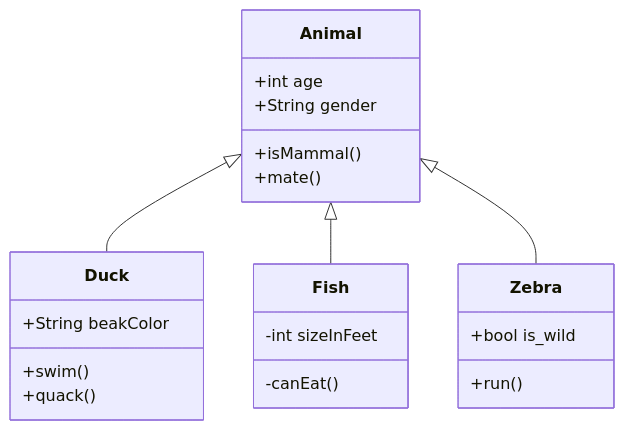
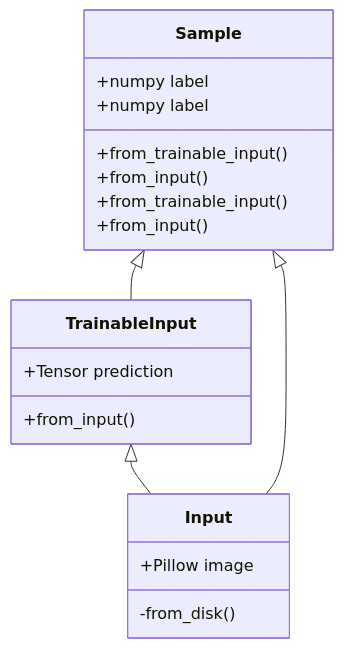
Before and after one commit to lordknight1904/Arsenal: the diagram in flowchart.md, drawn with Mermaid. The commit also changed other lines of this file and 9 other files, not shown here.

````diff
--- a/flowchart.md
+++ b/flowchart.md
@@ -5,26 +5,26 @@
 ```mermaid
 classDiagram
-    class Duck{
-        +String beakColor
-        +swim()
-        +quack()
+    class Input {
+        +Pillow image
+        -from_disk()
     }
-    class Fish{
-        -int sizeInFeet
-        -canEat()
+    class TrainableInput {
+        +Tensor prediction
+        +from_input()
     }
-    class Zebra{
-        +bool is_wild
-        +run()
+    class Sample {
+        +numpy label
+        +from_trainable_input()
+        +from_input()
     }
-    class Animal{
-        +int age
-        +String gender
-        +isMammal()
-        +mate()
+    
+    class Sample {
+        +numpy label
+        +from_trainable_input()
+        +from_input()
     }
 
-    Animal <|-- Duck
-    Animal <|-- Fish
-    Animal <|-- Zebra
+    TrainableInput <|-- Input
+    Sample <|-- TrainableInput
+    Sample <|-- Input
 ```
````
